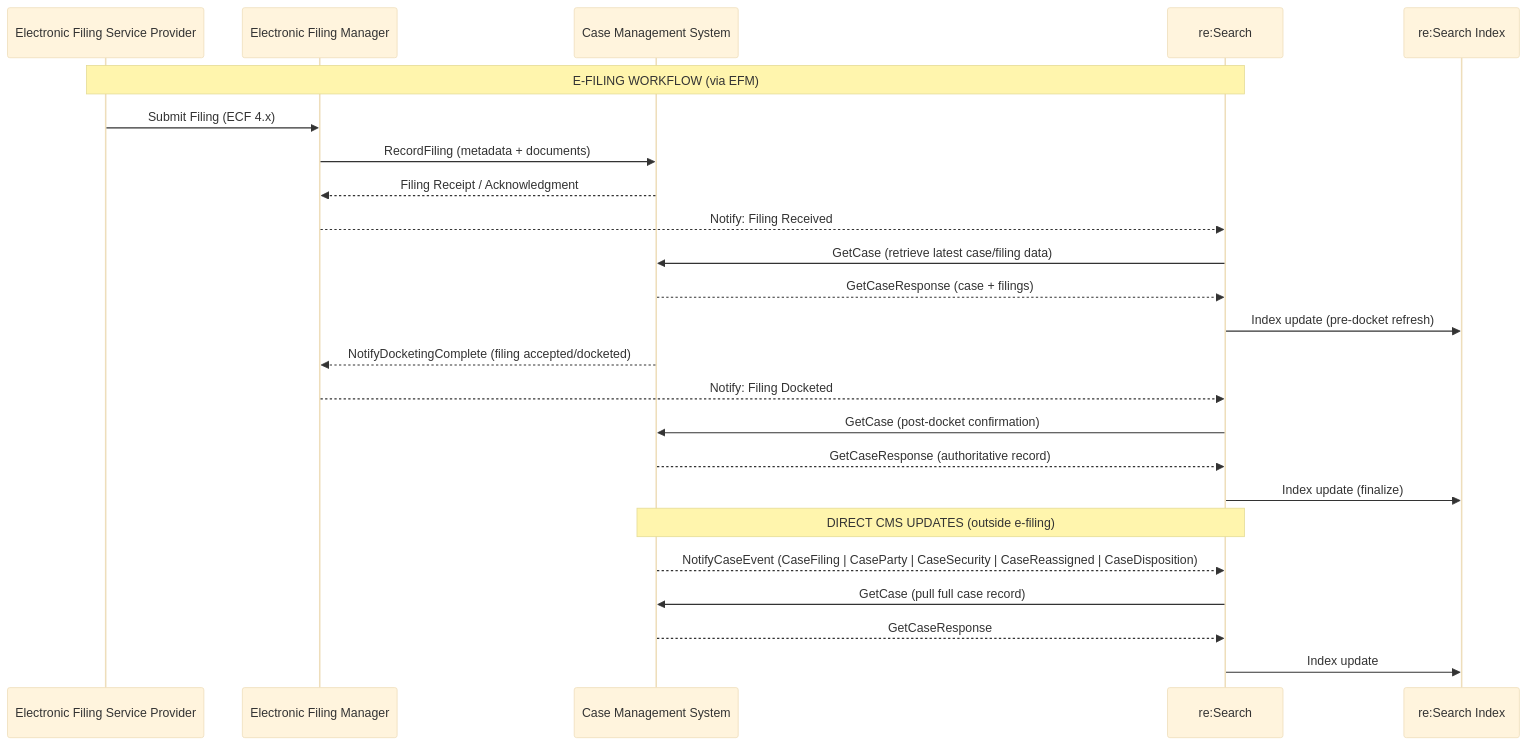
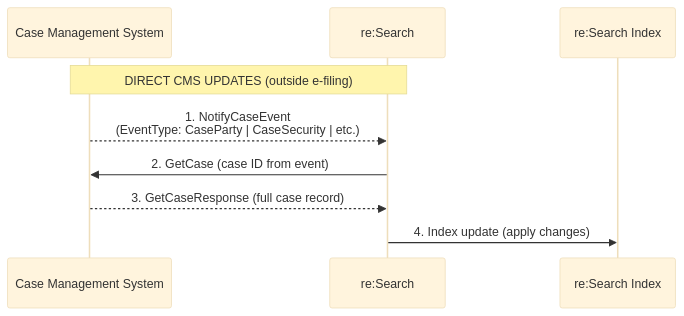
One commit to bbeltran112-sketch/re-Search-Documentation-Repo changed the second of 2 diagrams in client-documentation/integration-modes/ecf-mode-overview.md. Above: the diagram before and after it, drawn with Mermaid (base theme). The commit also changed other lines of this file and 18 other files, not shown here.

````diff
--- a/client-documentation/integration-modes/ecf-mode-overview.md
+++ b/client-documentation/integration-modes/ecf-mode-overview.md
@@ -101,35 +164,13 @@
 ```mermaid
 sequenceDiagram
-    participant EFSP as Electronic Filing Service Provider
-    participant EFM  as Electronic Filing Manager
     participant CMS  as Case Management System
     participant RSCH as re:Search
     participant IDX  as re:Search Index
 
-    %% ===================== E-FILING WORKFLOW =====================
-    Note over EFSP,RSCH: E-FILING WORKFLOW (via EFM)
-
-    EFSP->>EFM: Submit Filing (ECF 4.x)
-    EFM->>CMS: RecordFiling (metadata + documents)
-    CMS-->>EFM: Filing Receipt / Acknowledgment
-
-    EFM-->>RSCH: Notify: Filing Received
-    RSCH->>CMS: GetCase (retrieve latest case/filing data)
-    CMS-->>RSCH: GetCaseResponse (case + filings)
-    RSCH->>IDX: Index update (pre-docket refresh)
-
-    CMS-->>EFM: NotifyDocketingComplete (filing accepted/docketed)
-    EFM-->>RSCH: Notify: Filing Docketed
-    RSCH->>CMS: GetCase (post-docket confirmation)
-    CMS-->>RSCH: GetCaseResponse (authoritative record)
-    RSCH->>IDX: Index update (finalize)
-
-    %% ================= OUTSIDE OF E-FILING =======================
     Note over CMS,RSCH: DIRECT CMS UPDATES (outside e-filing)
 
-    CMS-->>RSCH: NotifyCaseEvent (CaseFiling | CaseParty | CaseSecurity | CaseReassigned | CaseDisposition)
-    RSCH->>CMS: GetCase (pull full case record)
-    CMS-->>RSCH: GetCaseResponse
-    RSCH->>IDX: Index update
-
+    CMS-->>RSCH: 1. NotifyCaseEvent<br/>(EventType: CaseParty | CaseSecurity | etc.)
+    RSCH->>CMS: 2. GetCase (case ID from event)
+    CMS-->>RSCH: 3. GetCaseResponse (full case record)
+    RSCH->>IDX: 4. Index update (apply changes)
 ```
````
